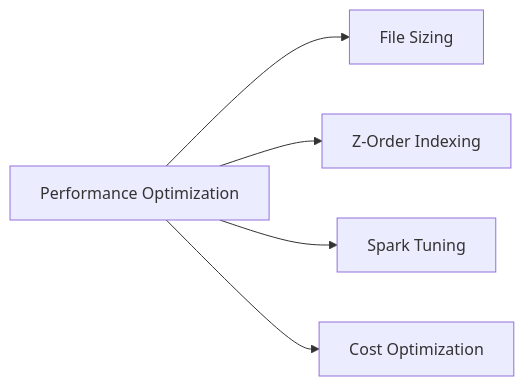
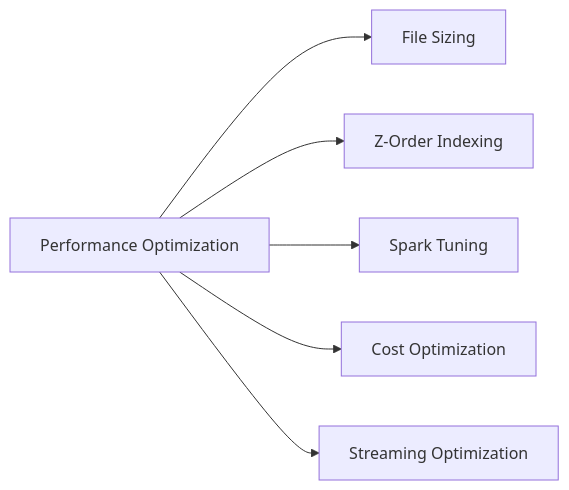
One commit to kengio/databricks-certification-study-guide changed the first of 4 diagrams in certifications/data-engineer-professional/08-performance-optimization/README.md. Above: the diagram before and after it, drawn with Mermaid. The commit also changed other lines of this file and 4 other files, not shown here.

````diff
--- a/certifications/data-engineer-professional/08-performance-optimization/README.md
+++ b/certifications/data-engineer-professional/08-performance-optimization/README.md
@@ -7,7 +7,8 @@
 ```mermaid
 flowchart LR
     PO[Performance Optimization] --> FS[File Sizing]
     PO --> ZO[Z-Order Indexing]
     PO --> ST[Spark Tuning]
     PO --> CO[Cost Optimization]
+    PO --> SO[Streaming Optimization]
 ```
````
